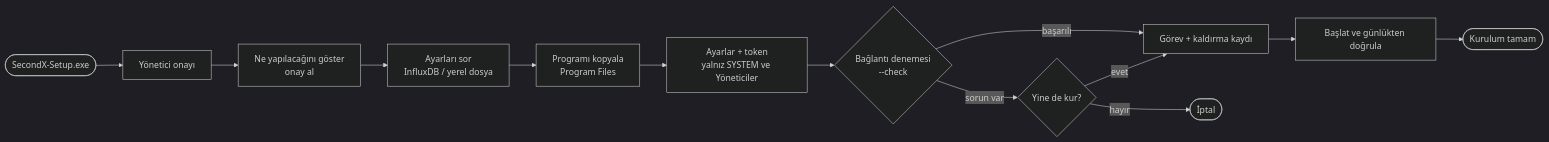
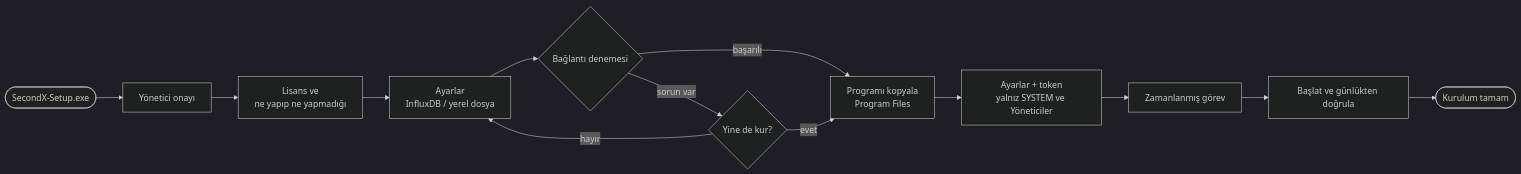
Before and after one commit to Proaiml/persecc: the third of 4 diagrams in README.md, drawn with Mermaid (dark theme). The commit also changed other lines of this file and 1 other file, not shown here.

````diff
--- a/README.md
+++ b/README.md
@@ -183,15 +185,15 @@
 ```mermaid
 flowchart LR
     A(["SecondX-Setup.exe"]) --> B["Yönetici onayı"]
-    B --> C["Ne yapılacağını göster<br/>onay al"]
-    C --> D["Ayarları sor<br/>InfluxDB / yerel dosya"]
-    D --> E["Programı kopyala<br/>Program Files"]
+    B --> C["Lisans ve<br/>ne yapıp ne yapmadığı"]
+    C --> D["Ayarlar<br/>InfluxDB / yerel dosya"]
+    D --> G{"Bağlantı denemesi"}
+    G -->|başarılı| E["Programı kopyala<br/>Program Files"]
+    G -->|sorun var| U{"Yine de kur?"}
+    U -->|evet| E
+    U -->|hayır| D
     E --> F["Ayarlar + token<br/>yalnız SYSTEM ve Yöneticiler"]
-    F --> G{"Bağlantı denemesi<br/>--check"}
-    G -->|başarılı| H["Görev + kaldırma kaydı"]
-    G -->|sorun var| U{"Yine de kur?"}
-    U -->|evet| H
-    U -->|hayır| X(["İptal"])
+    F --> H["Zamanlanmış görev"]
     H --> I["Başlat ve günlükten doğrula"]
     I --> J(["Kurulum tamam"])
 ```
````
